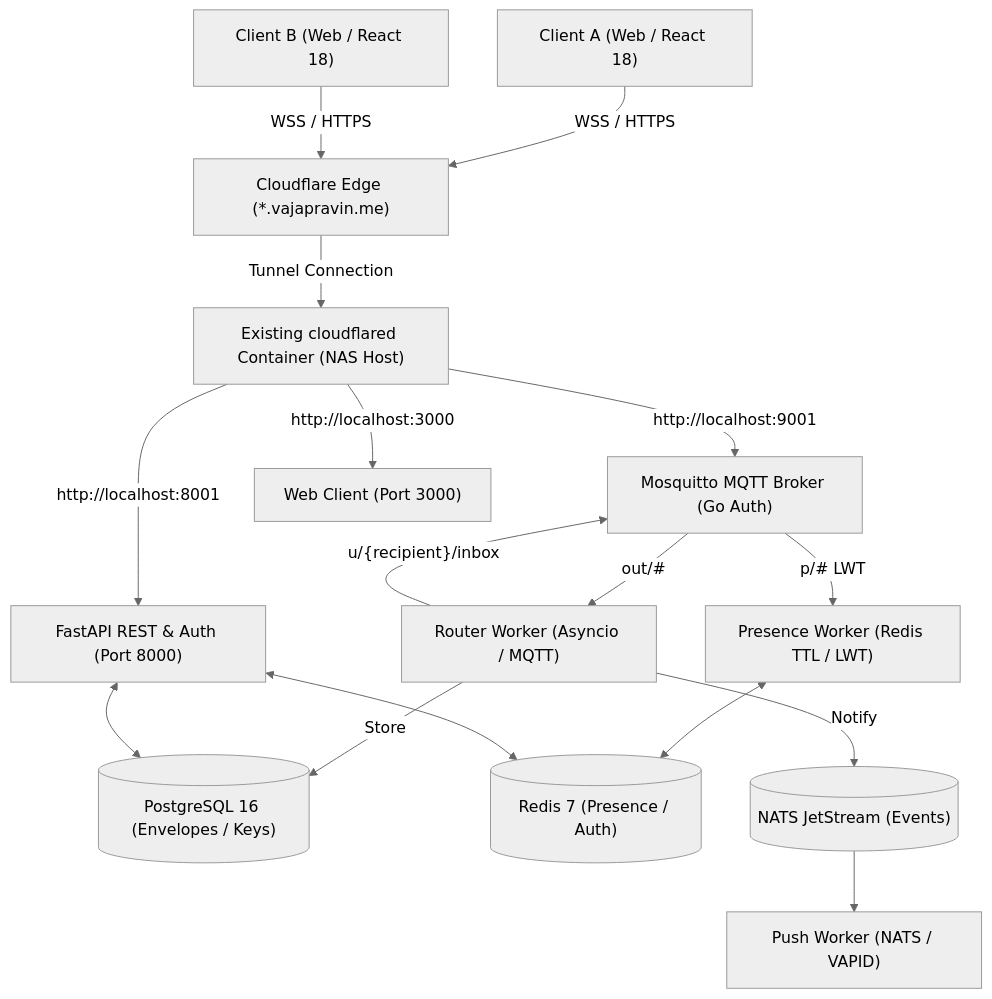
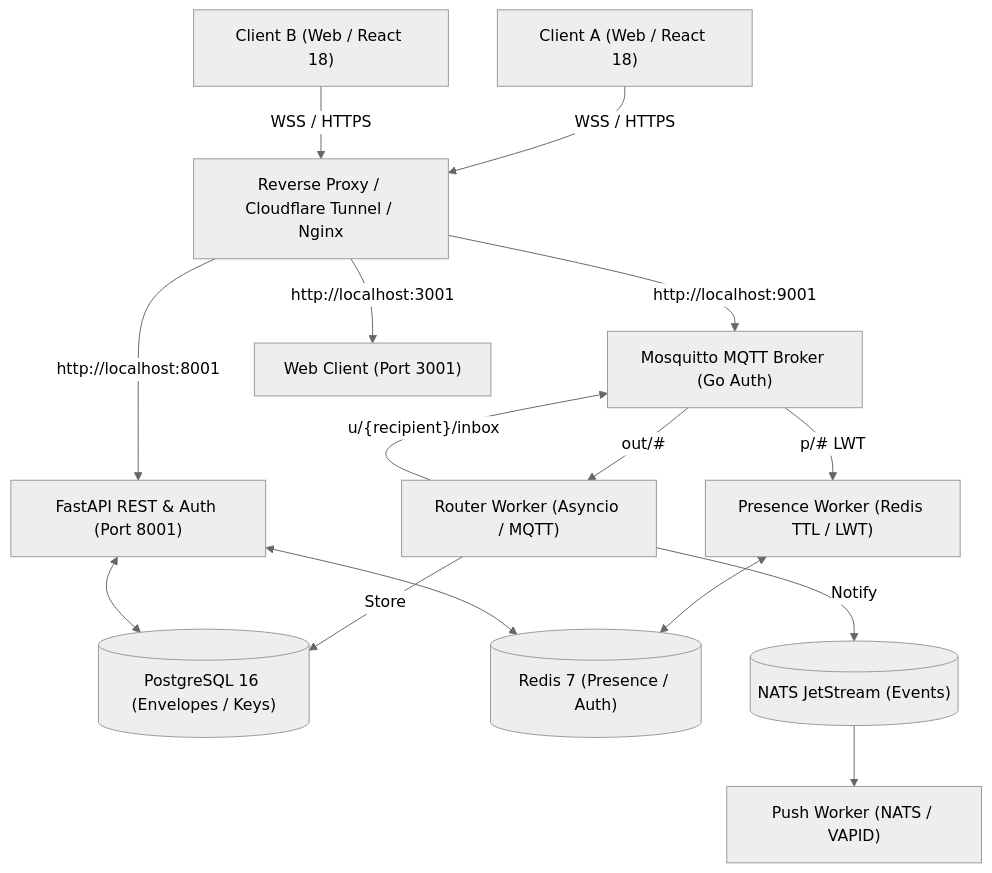
One commit to vajapravin/chatapp changed the diagram in README.md. Above: the diagram before and after it, drawn with Mermaid (neutral theme). The commit also changed other lines of this file and 25 other files, not shown here.

````diff
--- a/README.md
+++ b/README.md
@@ -11,33 +11,31 @@
 ```mermaid
 graph TD
     UserA["Client A (Web / React 18)"]
     UserB["Client B (Web / React 18)"]
-    CFEdge["Cloudflare Edge (*.vajapravin.me)"]
-    ExtCF["Existing cloudflared Container (NAS Host)"]
+    Ingress["Reverse Proxy / Cloudflare Tunnel / Nginx"]
     Mosq["Mosquitto MQTT Broker (Go Auth)"]
-    API["FastAPI REST & Auth (Port 8000)"]
+    API["FastAPI REST & Auth (Port 8001)"]
     Router["Router Worker (Asyncio / MQTT)"]
     Presence["Presence Worker (Redis TTL / LWT)"]
     Push["Push Worker (NATS / VAPID)"]
     PG[("PostgreSQL 16 (Envelopes / Keys)")]
     Redis[("Redis 7 (Presence / Auth)")]
     NATS[("NATS JetStream (Events)")]
 
-    UserA -->|WSS / HTTPS| CFEdge
-    UserB -->|WSS / HTTPS| CFEdge
-    CFEdge -->|Tunnel Connection| ExtCF
-    ExtCF -->|"http://localhost:3000"| Web["Web Client (Port 3000)"]
-    ExtCF -->|"http://localhost:8001"| API
-    ExtCF -->|"http://localhost:9001"| Mosq
+    UserA -->|WSS / HTTPS| Ingress
+    UserB -->|WSS / HTTPS| Ingress
+    Ingress -->|"http://localhost:3001"| Web["Web Client (Port 3001)"]
+    Ingress -->|"http://localhost:8001"| API
+    Ingress -->|"http://localhost:9001"| Mosq
 
     Mosq -->|"out/#"| Router
     Router -->|Store| PG
     Router -->|"u/{recipient}/inbox"| Mosq
     Router -->|Notify| NATS
 
     NATS --> Push
     Mosq -->|"p/# LWT"| Presence
     Presence <--> Redis
     API <--> PG
     API <--> Redis
 ```
````
